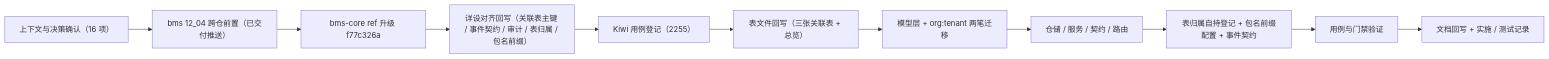
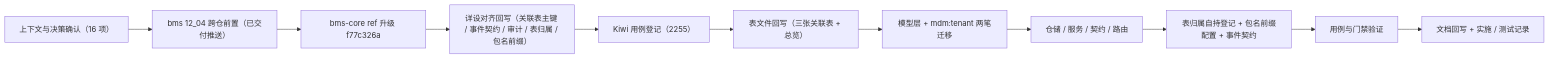
One commit to minjian123/master-data-management changed the diagram in mdm文档/项目/01_mdm 产品奠基/任务/01_组织主数据承接/01_组织主数据承接_02_组织主数据域实现/实施/01_实施_02_组织主数据域实现.md. Above: the diagram before and after it, drawn with Mermaid. The commit also changed other lines of this file and 57 other files, not shown here.

````diff
--- a/mdm文档/项目/01_mdm 产品奠基/任务/01_组织主数据承接/01_组织主数据承接_02_组织主数据域实现/实施/01_实施_02_组织主数据域实现.md
+++ b/mdm文档/项目/01_mdm 产品奠基/任务/01_组织主数据承接/01_组织主数据承接_02_组织主数据域实现/实施/01_实施_02_组织主数据域实现.md
@@ -23,13 +23,13 @@
 ```mermaid
 flowchart LR
     A[上下文与决策确认（16 项）] --> B[bms 12_04 跨仓前置（已交付推送）]
     B --> C[bms-core ref 升级 f77c326a]
     C --> D[详设对齐回写（关联表主键 / 事件契约 / 审计 / 表归属 / 包名前缀）]
     D --> E[Kiwi 用例登记（2255）]
     E --> F[表文件回写（三张关联表 + 总览）]
-    F --> G[模型层 + org:tenant 两笔迁移]
+    F --> G[模型层 + mdm:tenant 两笔迁移]
     G --> H[仓储 / 服务 / 契约 / 路由]
     H --> I[表归属自持登记 + 包名前缀配置 + 事件契约]
     I --> J[用例与门禁验证]
     J --> K[文档回写 + 实施 / 测试记录]
 ```
````
